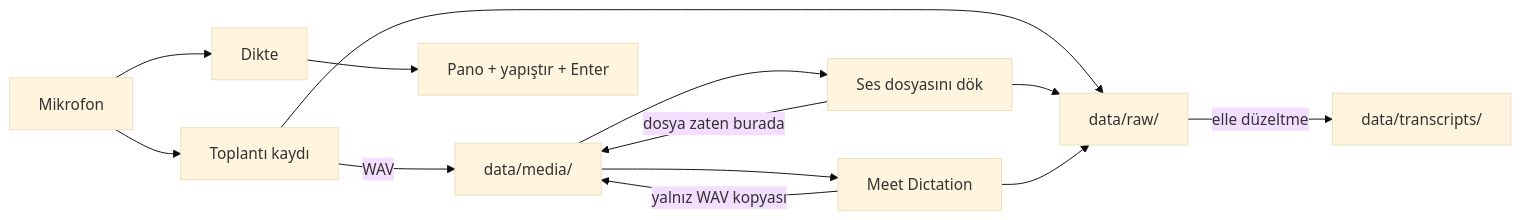
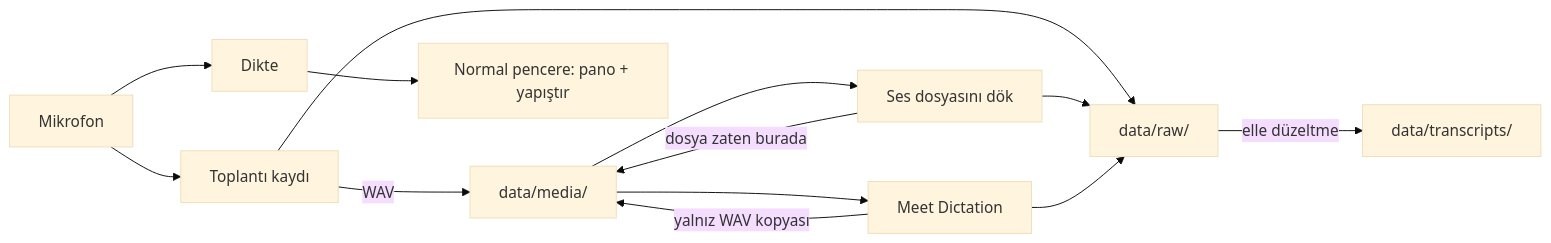
One commit to yigitkumral/VoiceDictation changed the diagram in docs/nasil-calisir.md. Above: the diagram before and after it, drawn with Mermaid (base theme). The commit also changed other lines of this file and 22 other files, not shown here.

````diff
--- a/docs/nasil-calisir.md
+++ b/docs/nasil-calisir.md
@@ -9,15 +9,15 @@
 ```mermaid
 flowchart LR
     Mic[Mikrofon] --> D[Dikte]
     Mic --> T[Toplantı kaydı]
     Media[data/media/] --> F[Ses dosyasını dök]
     Media --> M[Meet Dictation]
-    D --> P[Pano + yapıştır + Enter]
+    D --> P[Normal pencere: pano + yapıştır]
     T -->|WAV| Media
     T --> R[data/raw/]
     F -->|dosya zaten burada| Media
     F --> R
     M -->|yalnız WAV kopyası| Media
     M --> R
     R -->|elle düzeltme| TR[data/transcripts/]
 ```
````
